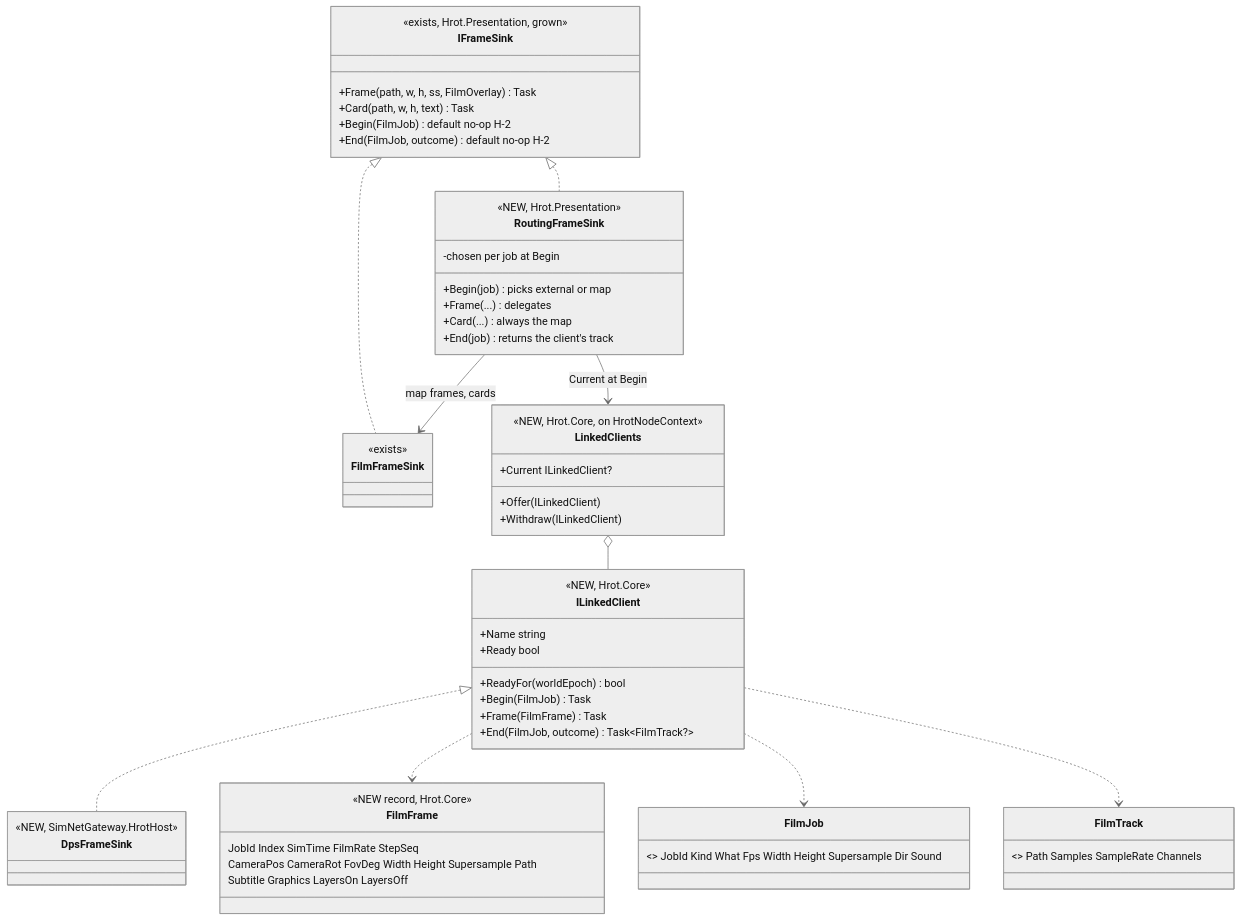
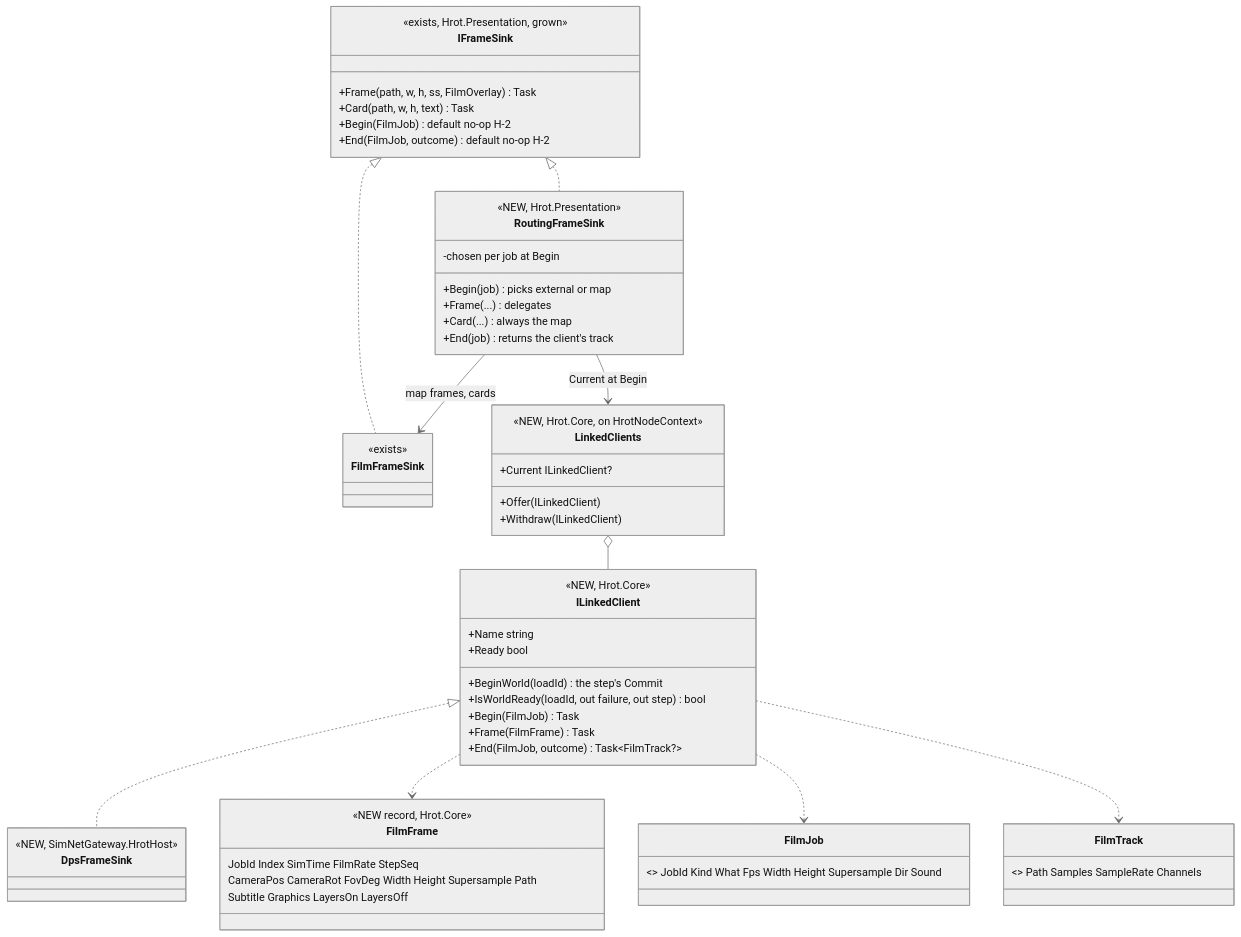
The second of 5 diagrams in docs/designs/IG/DESIGN_Linked_Client_Director.md (pjanec/HROT), drawn with Mermaid (neutral theme) before and after one commit. The commit also changed other lines of this file and 1 other file, not shown here.

First line of the commit message:
CE-11026: the linked client in every load - BeginWorld/IsWorldReady (no stale-world race), the registry on HrotNodeContext, the step composed for every ECS host beside the map's

````diff
--- a/docs/designs/IG/DESIGN_Linked_Client_Director.md
+++ b/docs/designs/IG/DESIGN_Linked_Client_Director.md
@@ -77,52 +77,53 @@
 ```mermaid
 classDiagram
   class IFrameSink {
     <<exists, Hrot.Presentation, grown>>
     +Frame(path, w, h, ss, FilmOverlay) Task
     +Card(path, w, h, text) Task
     +Begin(FilmJob) default no-op H-2
     +End(FilmJob, outcome) default no-op H-2
   }
   class FilmFrameSink { <<exists>> }
   class RoutingFrameSink {
     <<NEW, Hrot.Presentation>>
     -chosen per job at Begin
     +Begin(job) picks external or map
     +Frame(...) delegates
     +Card(...) always the map
     +End(job) returns the client's track
   }
   class ILinkedClient {
     <<NEW, Hrot.Core>>
     +Name string
     +Ready bool
-    +ReadyFor(worldEpoch) bool
+    +BeginWorld(loadId) the step's Commit
+    +IsWorldReady(loadId, out failure, out step) bool
     +Begin(FilmJob) Task
     +Frame(FilmFrame) Task
     +End(FilmJob, outcome) Task~FilmTrack?~
   }
   class LinkedClients {
     <<NEW, Hrot.Core, on HrotNodeContext>>
     +Offer(ILinkedClient)
     +Withdraw(ILinkedClient)
     +Current ILinkedClient?
   }
   class FilmFrame {
     <<NEW record, Hrot.Core>>
     JobId Index SimTime FilmRate StepSeq
     CameraPos CameraRot FovDeg Width Height Supersample Path
     Subtitle Graphics LayersOn LayersOff
   }
   class FilmJob { <<NEW record, Hrot.Core>> JobId Kind What Fps Width Height Supersample Dir Sound }
   class FilmTrack { <<NEW record, Hrot.Core>> Path Samples SampleRate Channels }
   class DpsFrameSink { <<NEW, SimNetGateway.HrotHost>> }
   IFrameSink <|.. FilmFrameSink
   IFrameSink <|.. RoutingFrameSink
   RoutingFrameSink --> FilmFrameSink : map frames, cards
   RoutingFrameSink --> LinkedClients : Current at Begin
   LinkedClients o-- ILinkedClient
   ILinkedClient <|.. DpsFrameSink
   ILinkedClient ..> FilmFrame
   ILinkedClient ..> FilmJob
   ILinkedClient ..> FilmTrack
 ```
````
